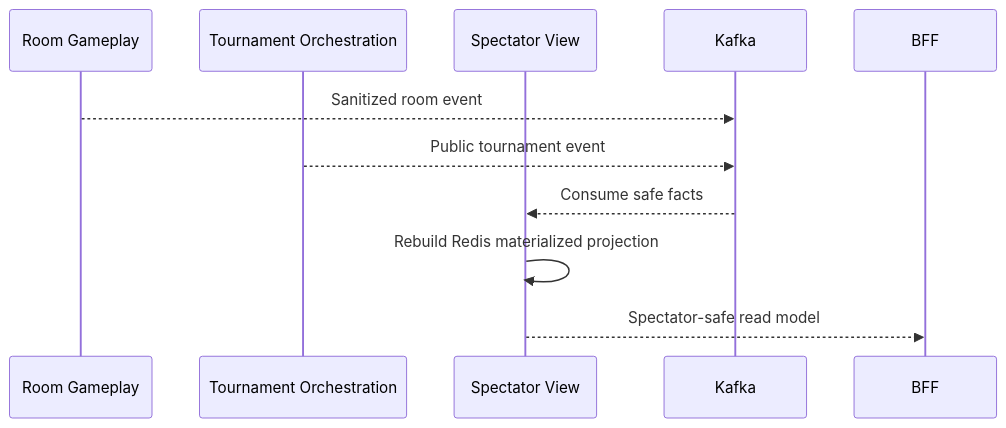
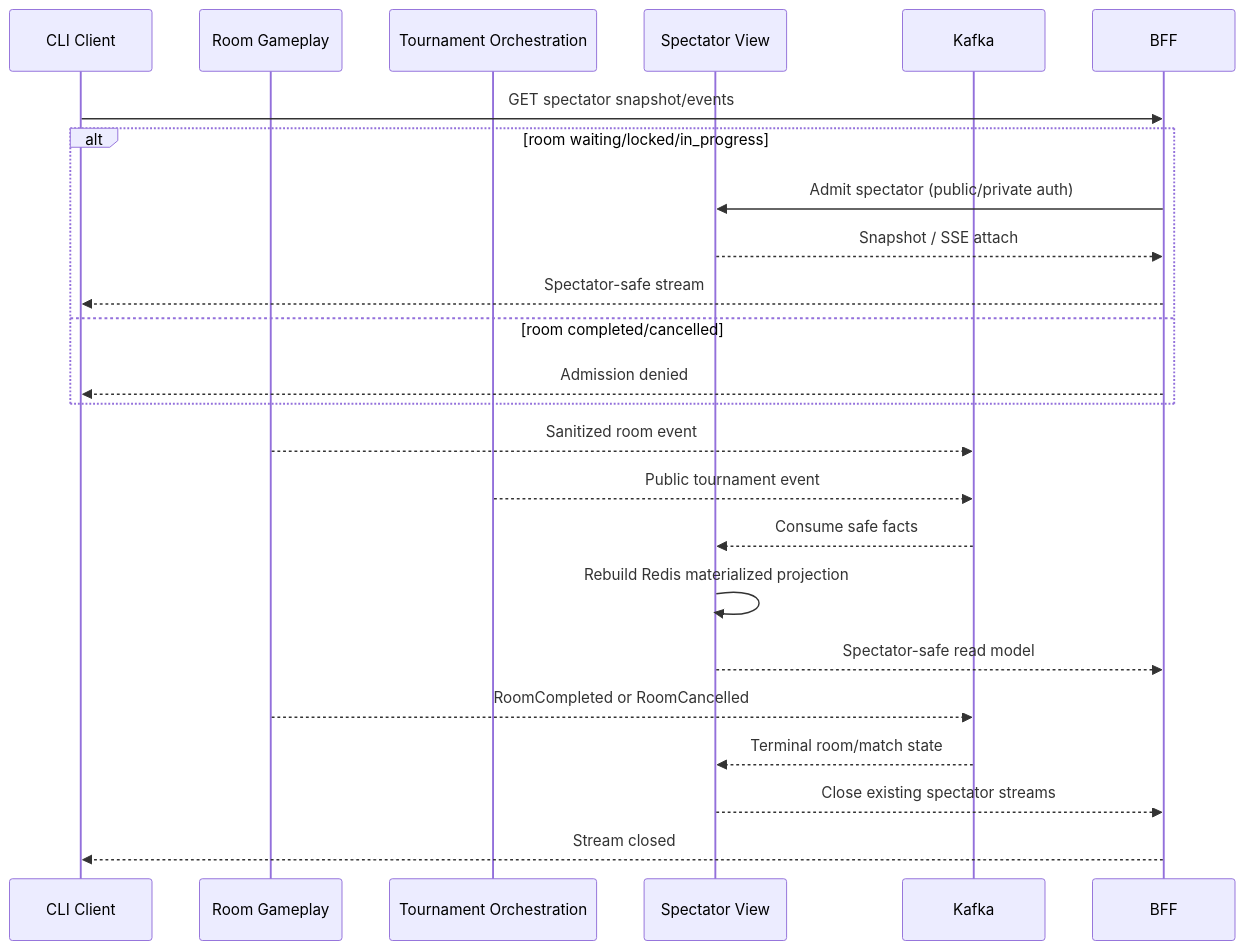
One commit to FSendot/uno-arena changed the fifth of 6 diagrams in docs/architecture/07-sequence-diagrams.md. Above: the diagram before and after it, drawn with Mermaid. The commit also changed other lines of this file and 290 other files, not shown here.

Commit message:
feat: implement UnoArena capability architecture and CLI

````diff
--- a/docs/architecture/07-sequence-diagrams.md
+++ b/docs/architecture/07-sequence-diagrams.md
@@ -96,14 +105,27 @@
 ```mermaid
 sequenceDiagram
+    participant C as CLI Client
     participant R as Room Gameplay
     participant T as Tournament Orchestration
     participant S as Spectator View
     participant K as Kafka
     participant B as BFF
 
+    C->>B: GET spectator snapshot/events
+    alt room waiting/locked/in_progress
+        B->>S: Admit spectator (public/private auth)
+        S-->>B: Snapshot / SSE attach
+        B-->>C: Spectator-safe stream
+    else room completed/cancelled
+        B-->>C: Admission denied
+    end
     R-->>K: Sanitized room event
     T-->>K: Public tournament event
     K-->>S: Consume safe facts
     S->>S: Rebuild Redis materialized projection
     S-->>B: Spectator-safe read model
+    R-->>K: RoomCompleted or RoomCancelled
+    K-->>S: Terminal room/match state
+    S-->>B: Close existing spectator streams
+    B-->>C: Stream closed
 ```
````
